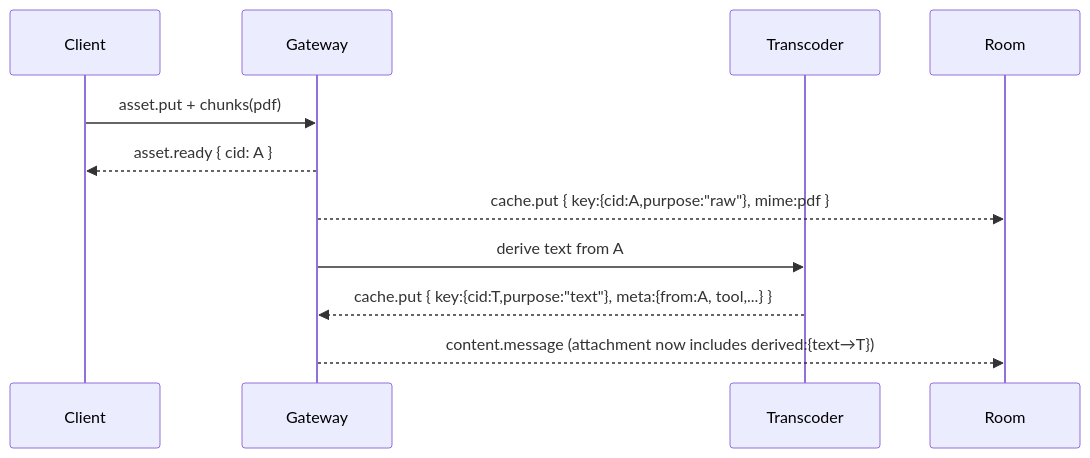
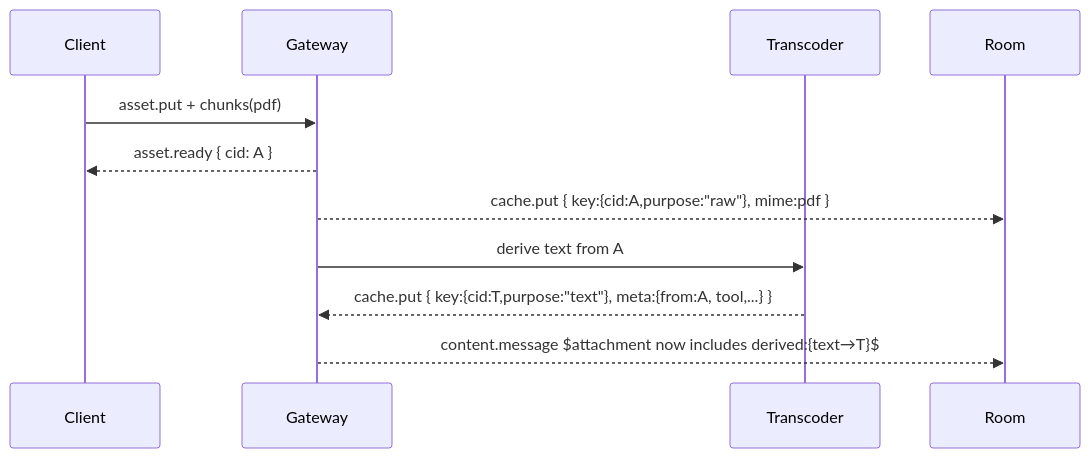
One commit to octave-commons/promethean changed the third of 4 diagrams in docs/inbox/enso-draft.md. Above: the diagram before and after it, drawn with Mermaid. The commit also changed other lines of this file and 1148 other files, not shown here.

````diff
--- a/docs/inbox/enso-draft.md
+++ b/docs/inbox/enso-draft.md
@@ -1106,15 +1217,15 @@
 ```mermaid
 sequenceDiagram
   participant Client
   participant Gateway
   participant Xcode as Transcoder
   participant Room
 
   Client->>Gateway: asset.put + chunks(pdf)
   Gateway-->>Client: asset.ready { cid: A }
   Gateway-->>Room: cache.put { key:{cid:A,purpose:"raw"}, mime:pdf }
 
   Gateway->>Xcode: derive text from A
   Xcode-->>Gateway: cache.put { key:{cid:T,purpose:"text"}, meta:{from:A, tool,...} }
-  Gateway-->>Room: content.message (attachment now includes derived:{text→T})
+  Gateway-->>Room: content.message $attachment now includes derived:{text→T}$
 ```
````
